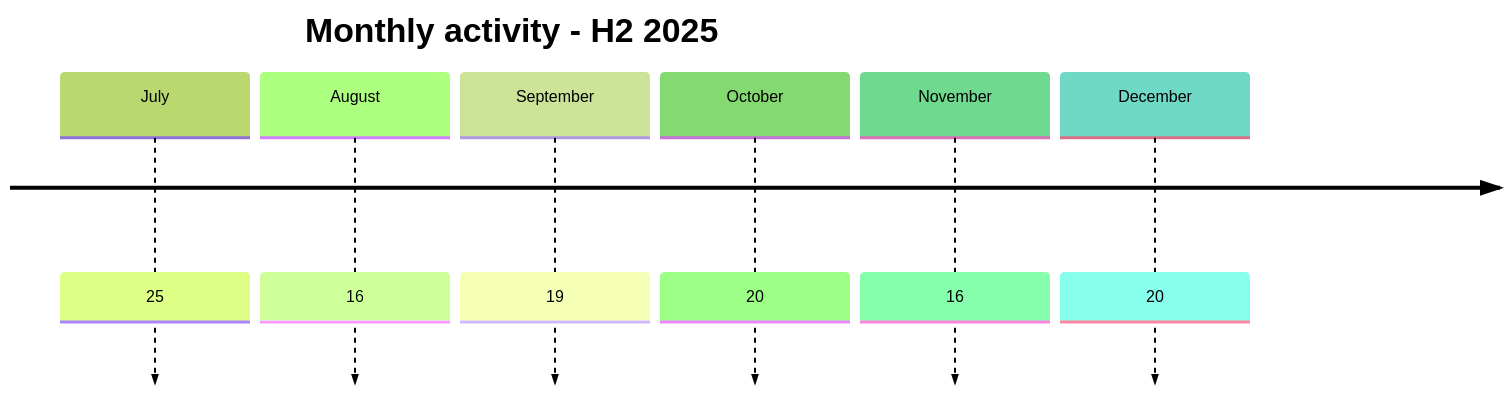
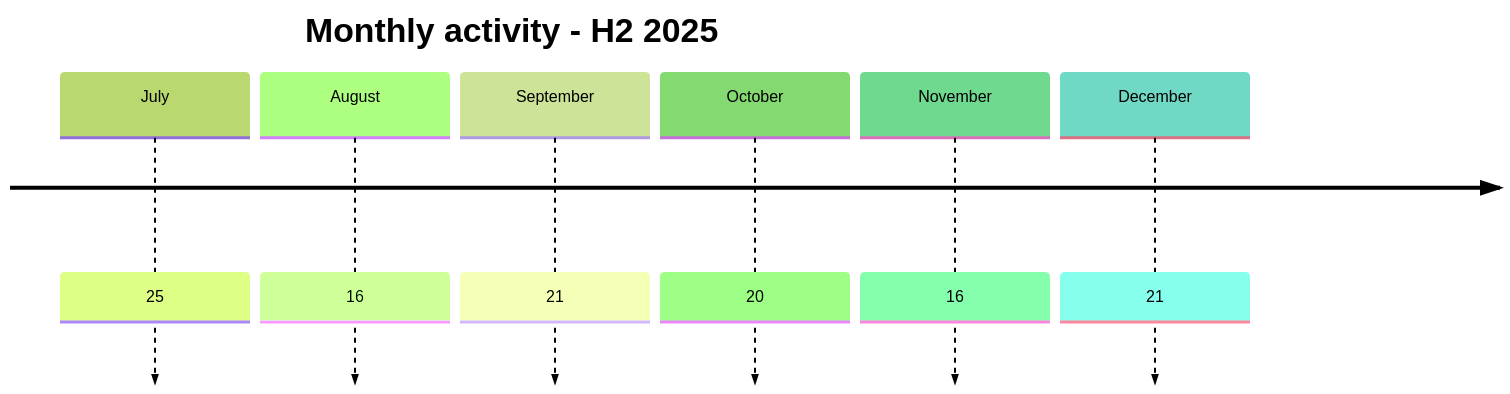
Before and after one commit to Hatchepsoute/AFRINTEL: the first of 2 diagrams in CyberAttackAfrica/2025/README_H2.md, drawn with Mermaid (forest theme). The commit also changed other lines of this file and 1034 other files, not shown here.

````diff
--- a/CyberAttackAfrica/2025/README_H2.md
+++ b/CyberAttackAfrica/2025/README_H2.md
@@ -96,10 +96,10 @@
 ```mermaid
 timeline
     title Monthly activity - H2 2025
     July : 25
     August : 16
-    September : 19
+    September : 21
     October : 20
     November : 16
-    December : 20
+    December : 21
 ```
````
